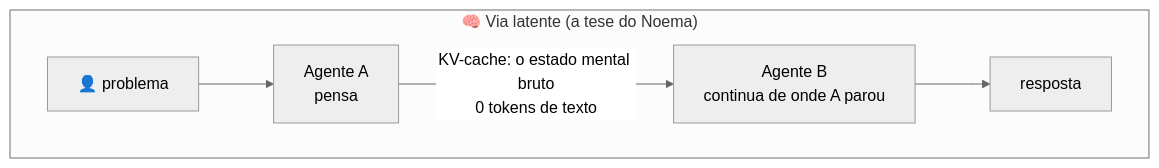
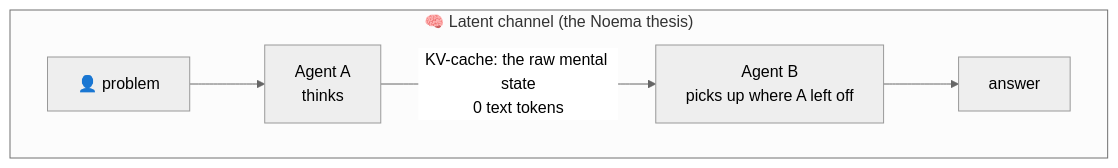
One commit to dmixfilms/noema changed the second of 3 diagrams in README.md. Above: the diagram before and after it, drawn with Mermaid (neutral theme). The commit also changed other lines of this file and 4 other files, not shown here.

````diff
--- a/README.md
+++ b/README.md
@@ -31,7 +33,7 @@
 ```mermaid
 flowchart LR
-    subgraph L["🧠 Via latente (a tese do Noema)"]
+    subgraph L["🧠 Latent channel (the Noema thesis)"]
         direction LR
-        U2[👤 problema] --> A2[Agente A<br/>pensa] -->|"KV-cache: o estado mental bruto<br/>0 tokens de texto"| B2[Agente B<br/>continua de onde A parou] --> R2[resposta]
+        U2[👤 problem] --> A2[Agent A<br/>thinks] -->|"KV-cache: the raw mental state<br/>0 text tokens"| B2[Agent B<br/>picks up where A left off] --> R2[answer]
     end
 ```
````
